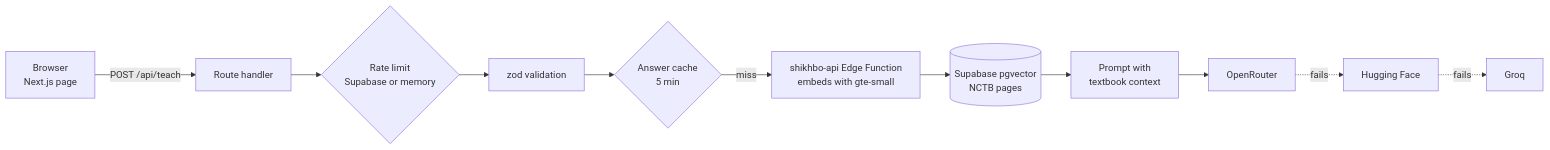
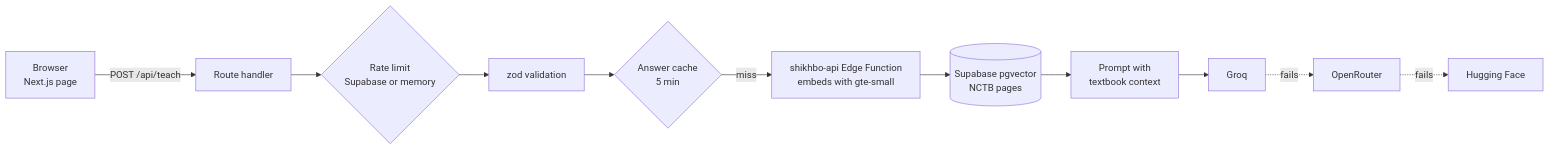
One commit to tahmidbintaslim/Shikhbo-AI changed the diagram in README.md. Above: the diagram before and after it, drawn with Mermaid. The commit also changed other lines of this file and 8 other files, not shown here.

````diff
--- a/README.md
+++ b/README.md
@@ -29,13 +69,13 @@
 ```mermaid
 flowchart LR
   B[Browser<br/>Next.js page] -->|POST /api/teach| R[Route handler]
   R --> L{Rate limit<br/>Supabase or memory}
   L --> V[zod validation]
   V --> C{Answer cache<br/>5 min}
   C -->|miss| E[shikhbo-api Edge Function<br/>embeds with gte-small]
   E --> Q[(Supabase pgvector<br/>NCTB pages)]
   Q --> P[Prompt with<br/>textbook context]
-  P --> O[OpenRouter]
+  P --> G[Groq]
+  G -.fails.-> O[OpenRouter]
   O -.fails.-> H[Hugging Face]
-  H -.fails.-> G[Groq]
 ```
````
